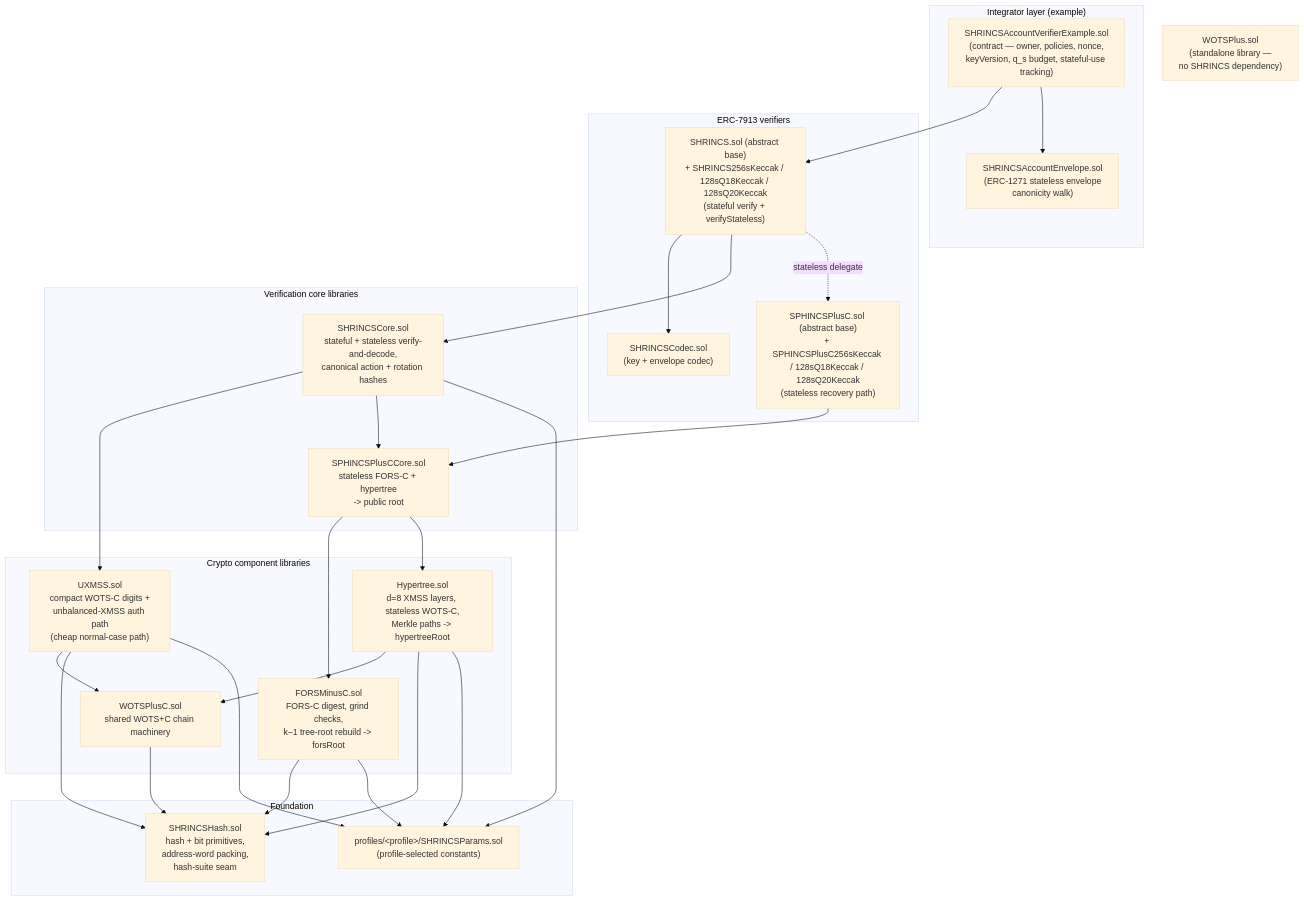
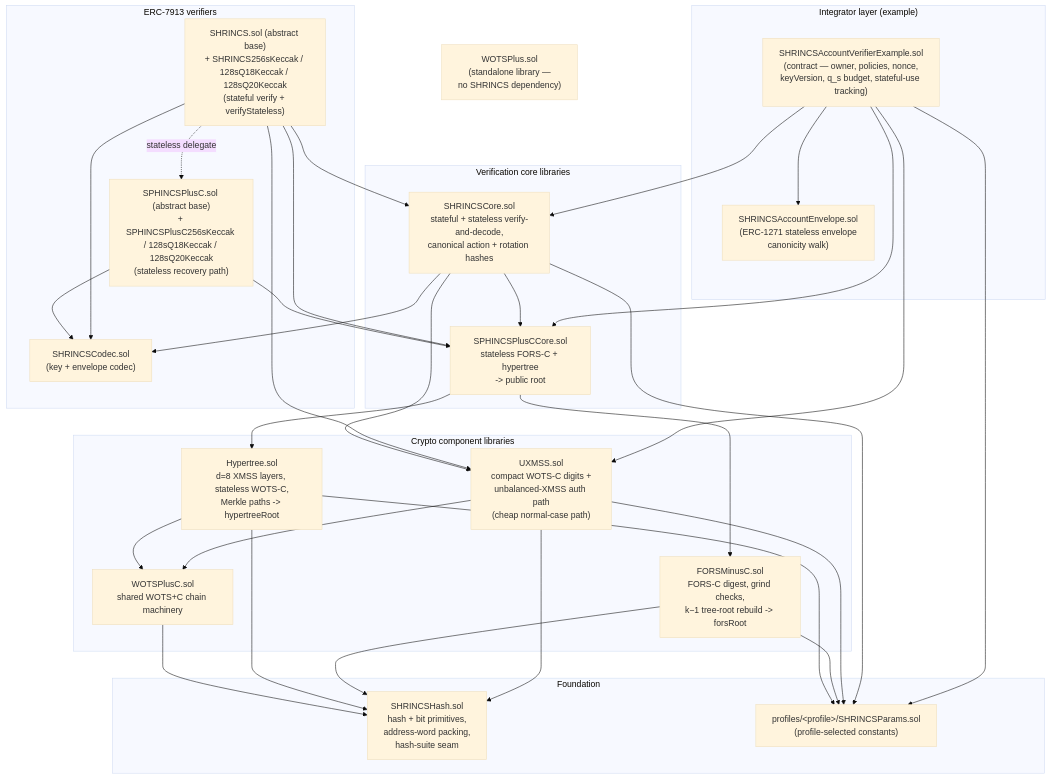
Before and after one commit to QuipNetwork/hashsigs-solidity: the first of 2 diagrams in README.md, drawn with Mermaid (base theme).

Commit message:
Correct architecture mermaid edges to match real imports
The example wrapper does not import the ERC-7913 verifier layer; replace
the false EX --> VF edge with its real imports (SHRINCSCore,
SPHINCSPlusCCore, UXMSS, SHRINCSParams). Add verified missing edges for
SHRINCS, SPHINCSPlusC, and SHRINCSCore.

````diff
--- a/README.md
+++ b/README.md
@@ -149,53 +149,60 @@
 ```mermaid
 graph TD
     subgraph "Integrator layer (example)"
         EX["SHRINCSAccountVerifierExample.sol<br/>(contract — owner, policies, nonce,<br/>keyVersion, q_s budget, stateful-use tracking)"]
         EN["SHRINCSAccountEnvelope.sol<br/>(ERC-1271 stateless envelope<br/>canonicity walk)"]
     end
 
     subgraph "ERC-7913 verifiers"
         VF["SHRINCS.sol (abstract base)<br/>+ SHRINCS256sKeccak / 128sQ18Keccak / 128sQ20Keccak<br/>(stateful verify + verifyStateless)"]
         SP["SPHINCSPlusC.sol (abstract base)<br/>+ SPHINCSPlusC256sKeccak / 128sQ18Keccak / 128sQ20Keccak<br/>(stateless recovery path)"]
         CO["SHRINCSCodec.sol<br/>(key + envelope codec)"]
     end
 
     subgraph "Verification core libraries"
         FA["SHRINCSCore.sol<br/>stateful + stateless verify-and-decode,<br/>canonical action + rotation hashes"]
         SC["SPHINCSPlusCCore.sol<br/>stateless FORS-C + hypertree<br/>-> public root"]
     end
 
     subgraph "Crypto component libraries"
         ST["UXMSS.sol<br/>compact WOTS-C digits +<br/>unbalanced-XMSS auth path<br/>(cheap normal-case path)"]
         FO["FORSMinusC.sol<br/>FORS-C digest, grind checks,<br/>k−1 tree-root rebuild -> forsRoot"]
         HY["Hypertree.sol<br/>d=8 XMSS layers, stateless WOTS-C,<br/>Merkle paths -> hypertreeRoot"]
         WC["WOTSPlusC.sol<br/>shared WOTS+C chain machinery"]
     end
 
     subgraph "Foundation"
         HH["SHRINCSHash.sol<br/>hash + bit primitives,<br/>address-word packing,<br/>hash-suite seam"]
         PA["profiles/&lt;profile&gt;/SHRINCSParams.sol<br/>(profile-selected constants)"]
     end
 
     WP["WOTSPlus.sol<br/>(standalone library —<br/>no SHRINCS dependency)"]
 
-    EX --> VF
+    EX --> FA
+    EX --> SC
+    EX --> ST
+    EX --> PA
     EX --> EN
     VF --> CO
     VF --> FA
+    VF --> ST
+    VF --> SC
     VF -. stateless delegate .-> SP
+    SP --> CO
     SP --> SC
+    FA --> CO
     FA --> ST
     FA --> SC
     SC --> FO
     SC --> HY
     ST --> WC
     HY --> WC
     ST --> HH
     FO --> HH
     HY --> HH
     WC --> HH
     FA --> PA
     ST --> PA
     FO --> PA
     HY --> PA
 ```
````
